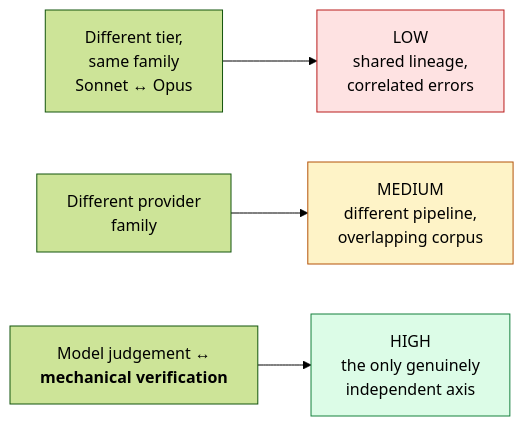
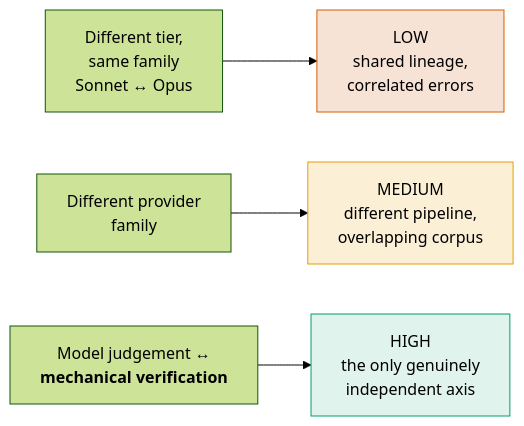
Before and after one commit to furkanhanilci/AETHRION: diagram 17 of 22 in docs/architecture/AIRL_OS_ARCHITECTURE.md, drawn with Mermaid (forest theme). The commit also changed other lines of this file and 32 other files, not shown here.

````diff
--- a/docs/architecture/AIRL_OS_ARCHITECTURE.md
+++ b/docs/architecture/AIRL_OS_ARCHITECTURE.md
@@ -597,10 +640,10 @@
 ```mermaid
 flowchart LR
     A["Different tier,<br/>same family<br/>Sonnet ↔ Opus"] --> L["LOW<br/>shared lineage,<br/>correlated errors"]
     B["Different provider<br/>family"] --> M["MEDIUM<br/>different pipeline,<br/>overlapping corpus"]
     C["Model judgement ↔<br/><b>mechanical verification</b>"] --> H["HIGH<br/>the only genuinely<br/>independent axis"]
 
-    style L fill:#fee2e2,stroke:#b91c1c,color:#000
-    style M fill:#fef3c7,stroke:#b45309,color:#000
-    style H fill:#dcfce7,stroke:#15803d,color:#000
+    style L fill:#F7E2D6,stroke:#D55E00,color:#000
+    style M fill:#FBEFD6,stroke:#E69F00,color:#000
+    style H fill:#E0F3EC,stroke:#009E73,color:#000
 ```
````
